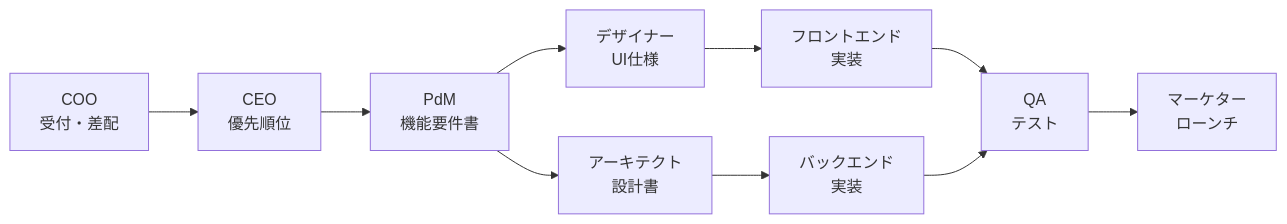
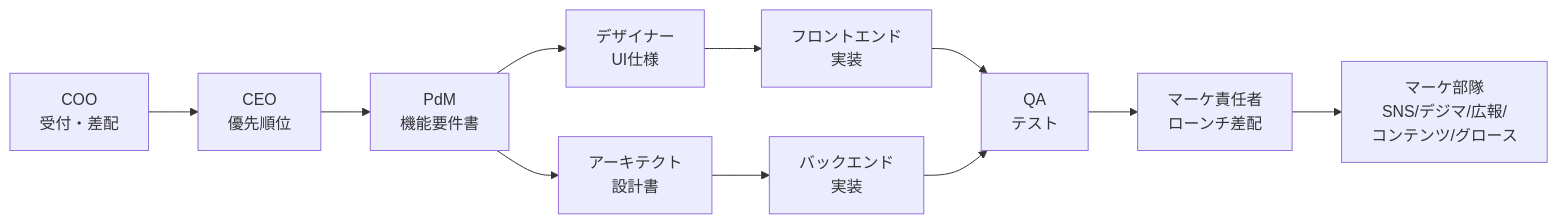
One commit to maru0814/vocalcoach changed the second of 2 diagrams in docs/42_組織図_現状.md. Above: the diagram before and after it, drawn with Mermaid. The commit also changed other lines of this file and 8 other files, not shown here.

````diff
--- a/docs/42_組織図_現状.md
+++ b/docs/42_組織図_現状.md
@@ -85,12 +112,13 @@
 ```mermaid
 graph LR
     A["COO<br/>受付・差配"] --> B["CEO<br/>優先順位"]
     B --> C["PdM<br/>機能要件書"]
     C --> D["デザイナー<br/>UI仕様"]
     C --> E["アーキテクト<br/>設計書"]
     D --> F["フロントエンド<br/>実装"]
     E --> G["バックエンド<br/>実装"]
     F --> H["QA<br/>テスト"]
     G --> H
-    H --> I["マーケター<br/>ローンチ"]
+    H --> I["マーケ責任者<br/>ローンチ差配"]
+    I --> J["マーケ部隊<br/>SNS/デジマ/広報/<br/>コンテンツ/グロース"]
 ```
````
